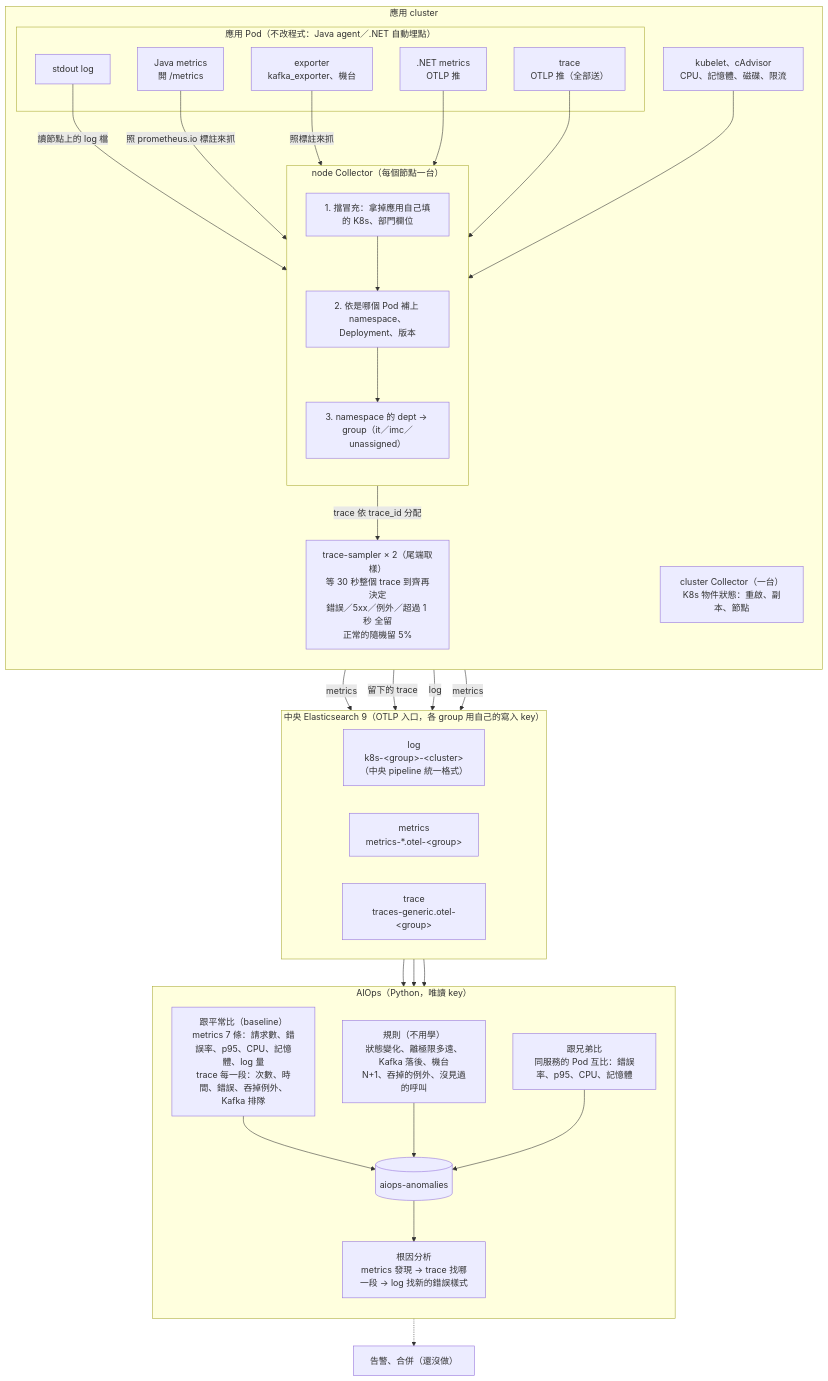
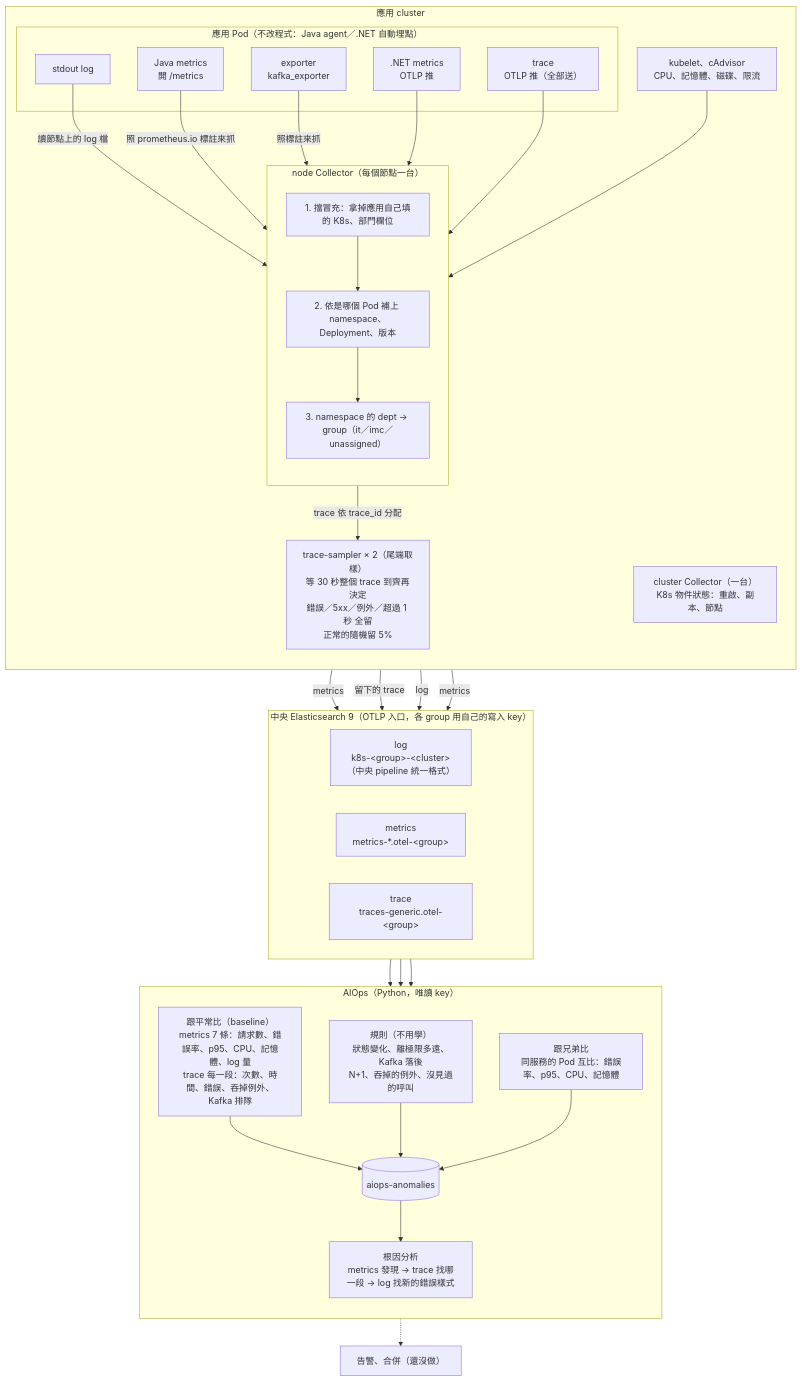
The first of 2 diagrams in docs/overview.md (i-shuan/aiops-data-foundation), drawn with Mermaid before and after one commit. The commit also changed other lines of this file and 13 other files, not shown here.

````diff
--- a/docs/overview.md
+++ b/docs/overview.md
@@ -7,63 +7,63 @@
 ```mermaid
 flowchart TB
   subgraph APP["應用 cluster"]
     direction TB
     subgraph PODS["應用 Pod（不改程式：Java agent／.NET 自動埋點）"]
       LOGS["stdout log"]
       JM["Java metrics<br/>開 /metrics"]
       NM[".NET metrics<br/>OTLP 推"]
       TR["trace<br/>OTLP 推（全部送）"]
-      EXP["exporter<br/>kafka_exporter、機台"]
+      EXP["exporter<br/>kafka_exporter"]
     end
 
     subgraph NODE["node Collector（每個節點一台）"]
       direction TB
       N1["1. 擋冒充：拿掉應用自己填的 K8s、部門欄位"]
       N2["2. 依是哪個 Pod 補上 namespace、Deployment、版本"]
       N3["3. namespace 的 dept → group（it／imc／unassigned）"]
       N1 --> N2 --> N3
     end
 
     KUBE["kubelet、cAdvisor<br/>CPU、記憶體、磁碟、限流"]
     CC["cluster Collector（一台）<br/>K8s 物件狀態：重啟、副本、節點"]
     TS["trace-sampler × 2（尾端取樣）<br/>等 30 秒整個 trace 到齊再決定<br/>錯誤／5xx／例外／超過 1 秒 全留<br/>正常的隨機留 5%"]
 
     LOGS -- 讀節點上的 log 檔 --> NODE
     JM -- 照 prometheus.io 標註來抓 --> NODE
     EXP -- 照標註來抓 --> NODE
     NM --> NODE
     TR --> NODE
     KUBE --> NODE
     NODE -- trace 依 trace_id 分配 --> TS
   end
 
   subgraph ES["中央 Elasticsearch 9（OTLP 入口，各 group 用自己的寫入 key）"]
     direction LR
     EL["log<br/>k8s-&lt;group&gt;-&lt;cluster&gt;<br/>（中央 pipeline 統一格式）"]
     EM["metrics<br/>metrics-*.otel-&lt;group&gt;"]
     ET["trace<br/>traces-generic.otel-&lt;group&gt;"]
   end
 
   NODE -- log --> EL
   NODE -- metrics --> EM
   CC -- metrics --> EM
   TS -- 留下的 trace --> ET
 
   subgraph AI["AIOps（Python，唯讀 key）"]
     direction TB
     B1["跟平常比（baseline）<br/>metrics 7 條：請求數、錯誤率、p95、CPU、記憶體、log 量<br/>trace 每一段：次數、時間、錯誤、吞掉例外、Kafka 排隊"]
-    B2["規則（不用學）<br/>狀態變化、離極限多遠、Kafka 落後、機台<br/>N+1、吞掉的例外、沒見過的呼叫"]
+    B2["規則（不用學）<br/>狀態變化、離極限多遠、Kafka 落後<br/>N+1、吞掉的例外、沒見過的呼叫"]
     B3["跟兄弟比<br/>同服務的 Pod 互比：錯誤率、p95、CPU、記憶體"]
     RCA["根因分析<br/>metrics 發現 → trace 找哪一段 → log 找新的錯誤樣式"]
     AN[("aiops-anomalies")]
     B1 --> AN
     B2 --> AN
     B3 --> AN
     AN --> RCA
   end
 
   EL --> AI
   EM --> AI
   ET --> AI
   AN -.-> OUT["告警、合併（還沒做）"]
 ```
````
